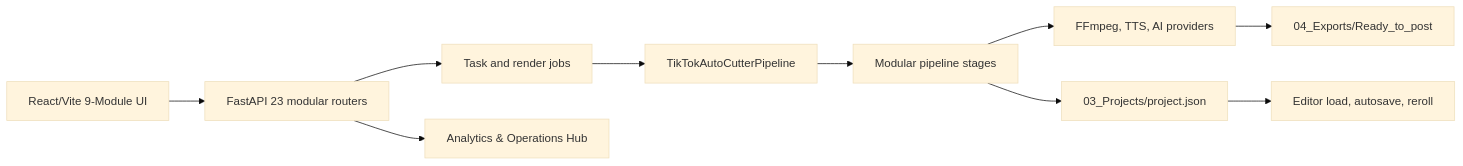
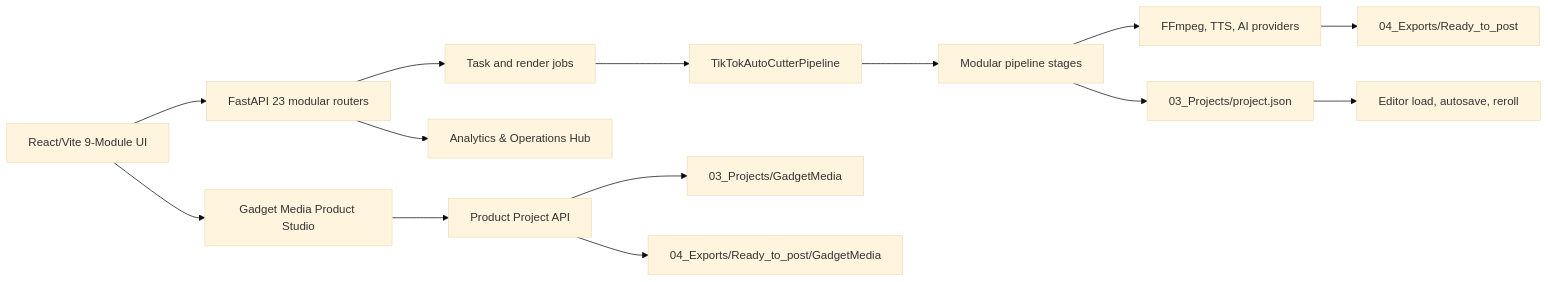
One commit to nazirulhak000/Omnicut changed the diagram in ARCHITECTURE.md. Above: the diagram before and after it, drawn with Mermaid (base theme). The commit also changed other lines of this file and 131 other files, not shown here.

Commit message:
feat(gadget-media): product-centric storage layout, editing checklist, and 60s master - ดำเนินการโดย: Antigravity (Gemini 2.5 Pro)

````diff
--- a/ARCHITECTURE.md
+++ b/ARCHITECTURE.md
@@ -7,12 +7,16 @@
 ```mermaid
 flowchart LR
     UI[React/Vite 9-Module UI] --> API[FastAPI 23 modular routers]
     API --> JOB[Task and render jobs]
     JOB --> PIPE[TikTokAutoCutterPipeline]
     PIPE --> STAGES[Modular pipeline stages]
     STAGES --> MEDIA[FFmpeg, TTS, AI providers]
     STAGES --> MANIFEST[03_Projects/project.json]
     MEDIA --> EXPORT[04_Exports/Ready_to_post]
     MANIFEST --> EDITOR[Editor load, autosave, reroll]
     API --> ANALYTICS[Analytics & Operations Hub]
+    UI --> GADGET[Gadget Media Product Studio]
+    GADGET --> GMAPI[Product Project API]
+    GMAPI --> GMSTORE[03_Projects/GadgetMedia]
+    GMAPI --> GMEXPORT[04_Exports/Ready_to_post/GadgetMedia]
 ```
````
